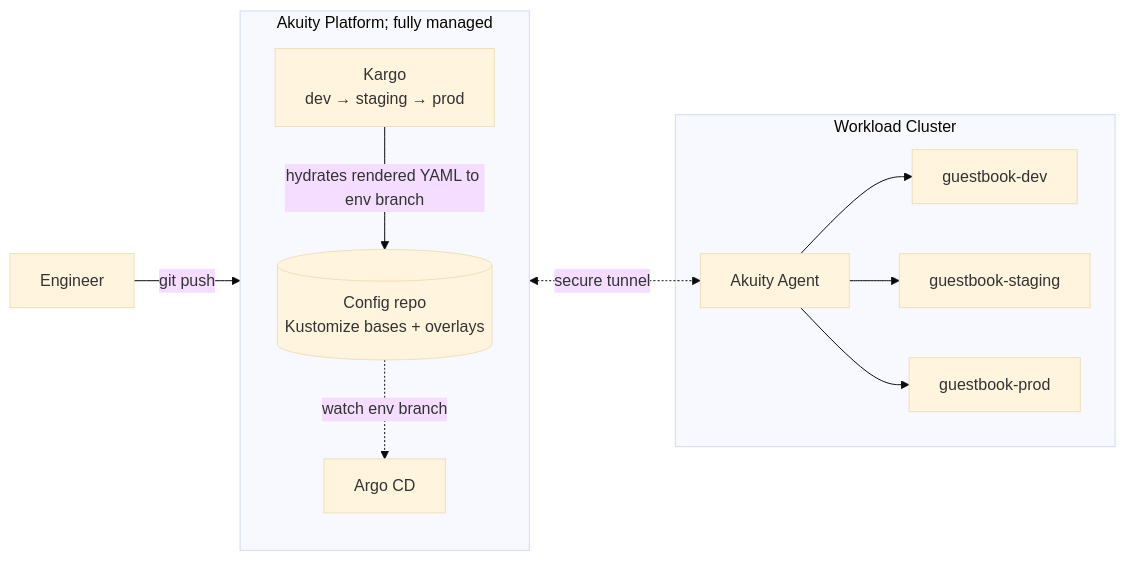
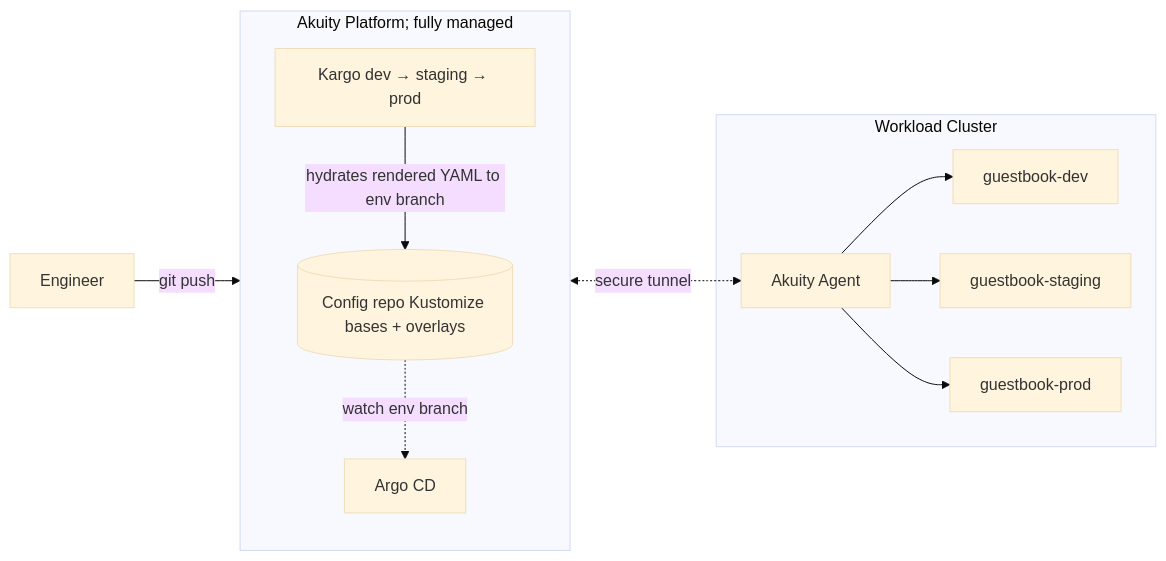
The first of 10 diagrams in docs/diagrams.md (Cliftonz/akuity-deployment-examples), drawn with Mermaid (base theme) before and after one commit. The commit also changed other lines of this file, not shown here.

Commit message:
docs/diagrams: drop <br/> tags from mermaid node labels

````diff
--- a/docs/diagrams.md
+++ b/docs/diagrams.md
@@ -11,25 +11,25 @@
 ```mermaid
 flowchart LR
-    Dev[Engineer] -->|git push| Repo[(Config repo<br/>Kustomize bases + overlays)]
+    Dev[Engineer] -->|git push| Repo[(Config repo Kustomize bases + overlays)]
 
     subgraph Akuity["Akuity Platform; fully managed"]
         direction TB
         ArgoCD[Argo CD]
-        Kargo[Kargo<br/>dev → staging → prod]
+        Kargo[Kargo dev → staging → prod]
         Kargo -->|hydrates rendered YAML to env branch| Repo
     end
 
     Repo -.->|watch env branch| ArgoCD
 
     subgraph Cluster["Workload Cluster"]
         Agent[Akuity Agent]
         DevNS[guestbook-dev]
         StgNS[guestbook-staging]
         ProdNS[guestbook-prod]
     end
 
     ArgoCD <-.->|secure tunnel| Agent
     Agent --> DevNS
     Agent --> StgNS
     Agent --> ProdNS
 ```
````
